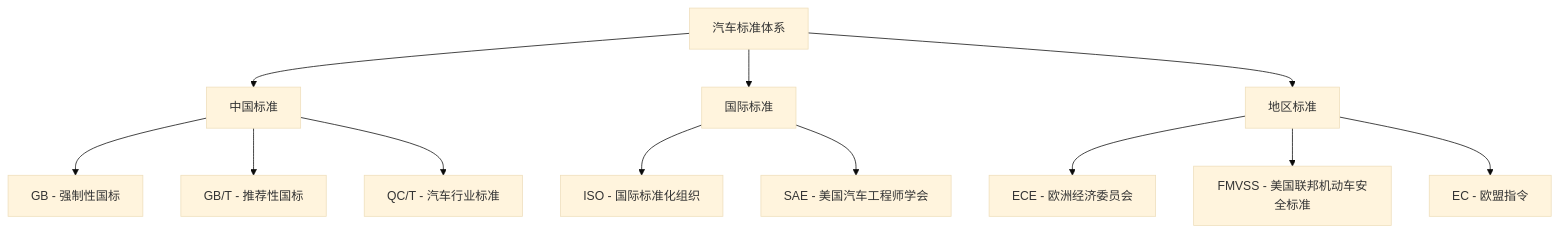
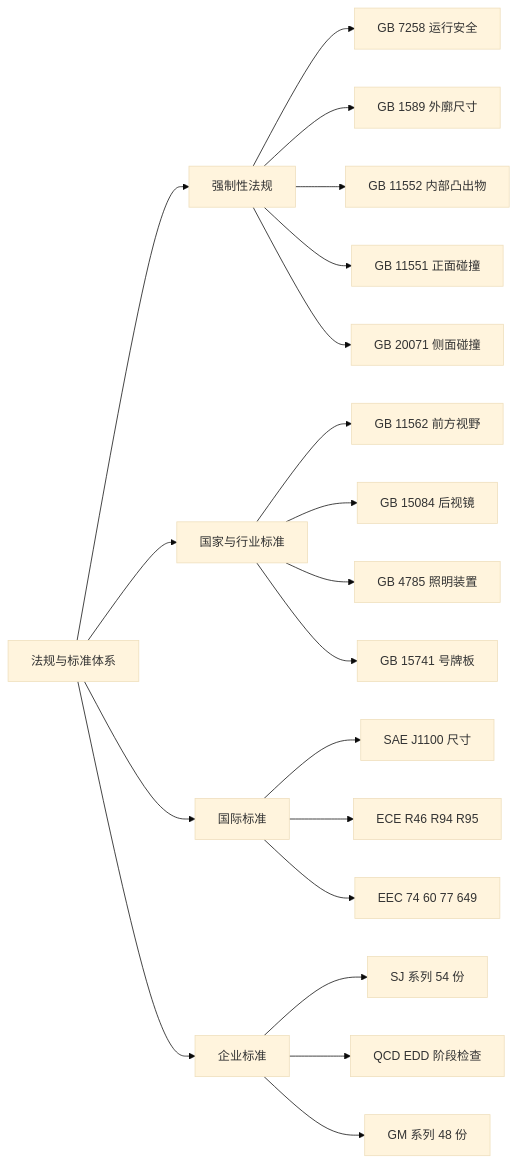
Before and after one commit to kangkang530/kangyifan_pkg: the diagram in docs/basics/standards.md, drawn with Mermaid (base theme). The commit also changed other lines of this file and 122 other files, not shown here.

````diff
--- a/docs/basics/standards.md
+++ b/docs/basics/standards.md
@@ -9,17 +13,23 @@
 ```mermaid
-graph TD
-    A[汽车标准体系] --> B[中国标准]
-    A --> C[国际标准]
-    A --> D[地区标准]
-
-    B --> B1[GB - 强制性国标]
-    B --> B2[GB/T - 推荐性国标]
-    B --> B3[QC/T - 汽车行业标准]
-
-    C --> C1[ISO - 国际标准化组织]
-    C --> C2[SAE - 美国汽车工程师学会]
-
-    D --> D1[ECE - 欧洲经济委员会]
-    D --> D2[FMVSS - 美国联邦机动车安全标准]
-    D --> D3[EC - 欧盟指令]
+flowchart LR
+  R["法规与标准体系"]
+  R --> A["强制性法规"]
+  R --> B["国家与行业标准"]
+  R --> C["国际标准"]
+  R --> D["企业标准"]
+  A --> A1["GB 7258 运行安全"]
+  A --> A2["GB 1589 外廓尺寸"]
+  A --> A3["GB 11552 内部凸出物"]
+  A --> A4["GB 11551 正面碰撞"]
+  A --> A5["GB 20071 侧面碰撞"]
+  B --> B1["GB 11562 前方视野"]
+  B --> B2["GB 15084 后视镜"]
+  B --> B3["GB 4785 照明装置"]
+  B --> B4["GB 15741 号牌板"]
+  C --> C1["SAE J1100 尺寸"]
+  C --> C2["ECE R46 R94 R95"]
+  C --> C3["EEC 74 60 77 649"]
+  D --> D1["SJ 系列 54 份"]
+  D --> D2["QCD EDD 阶段检查"]
+  D --> D3["GM 系列 48 份"]
 ```
````
